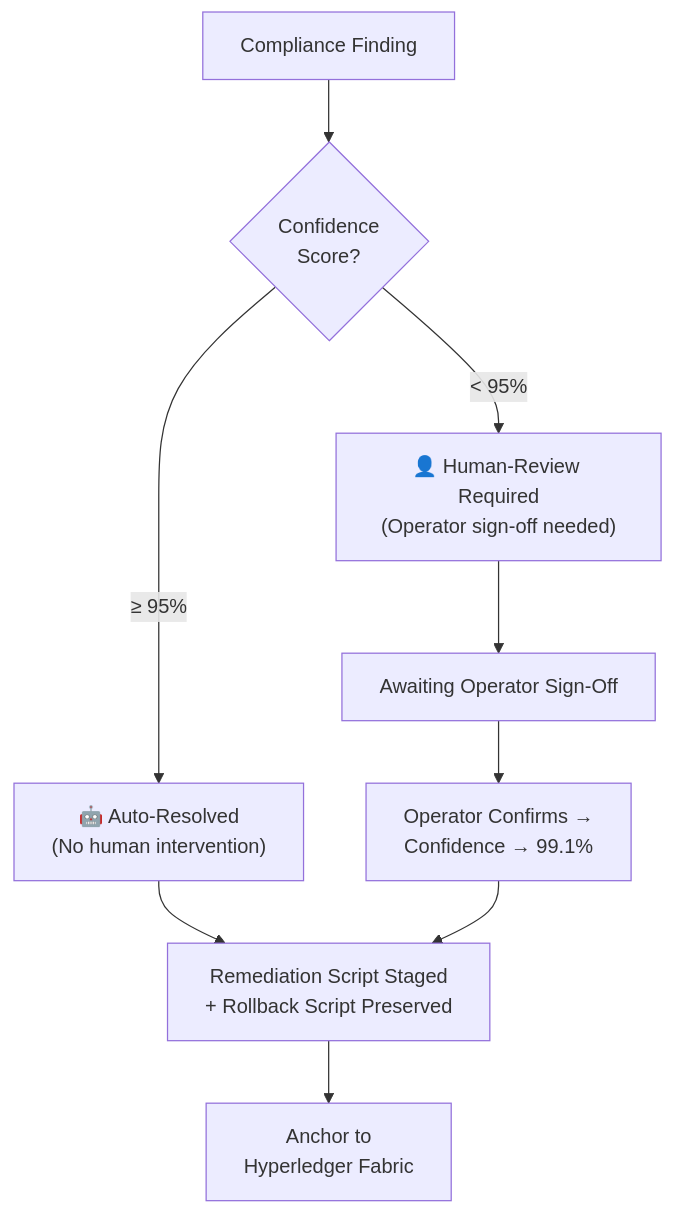
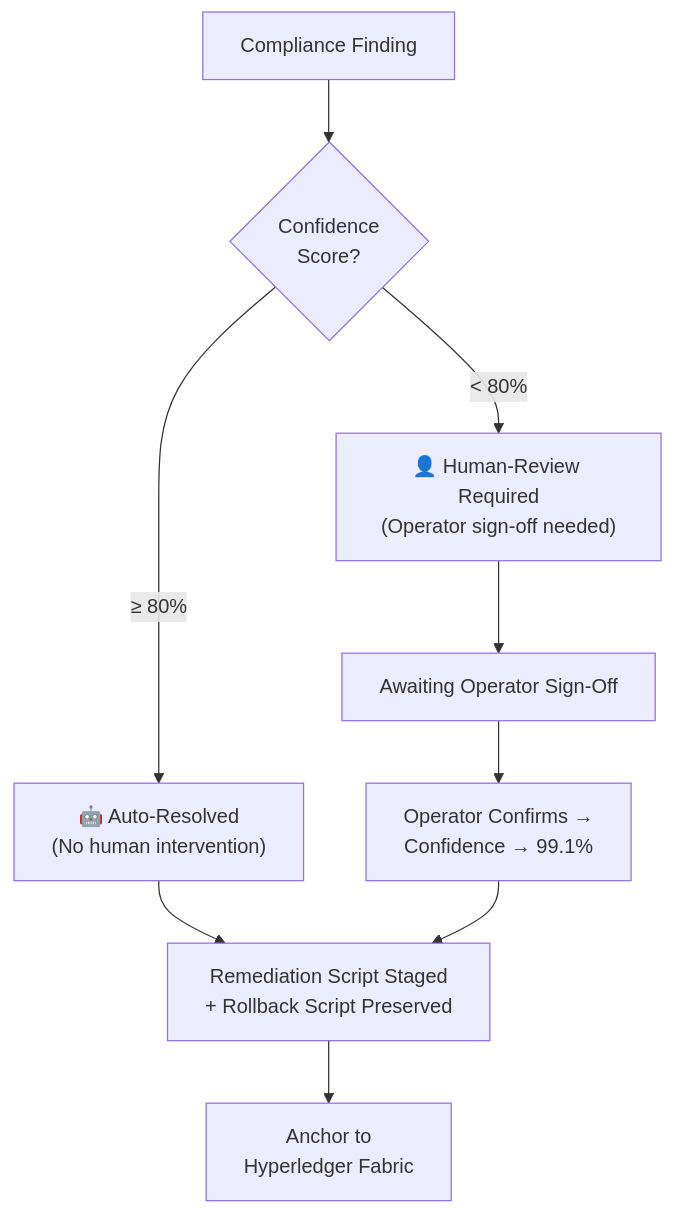
One commit to krithika2006-hue/NeuraComply changed the sixth of 10 diagrams in ARCHITECTURE.md. Above: the diagram before and after it, drawn with Mermaid. The commit also changed other lines of this file and 10 other files, not shown here.

````diff
--- a/ARCHITECTURE.md
+++ b/ARCHITECTURE.md
@@ -388,13 +388,13 @@
 ```mermaid
 flowchart TD
     FINDING["Compliance Finding"] --> SCORE{"Confidence<br/>Score?"}
-    SCORE -->|"≥ 95%"| AUTO["🤖 Auto-Resolved<br/>(No human intervention)"]
-    SCORE -->|"< 95%"| HUMAN["👤 Human-Review Required<br/>(Operator sign-off needed)"]
+    SCORE -->|"≥ 80%"| AUTO["🤖 Auto-Resolved<br/>(No human intervention)"]
+    SCORE -->|"< 80%"| HUMAN["👤 Human-Review Required<br/>(Operator sign-off needed)"]
 
     AUTO --> STAGED["Remediation Script Staged<br/>+ Rollback Script Preserved"]
     HUMAN --> WAIT["Awaiting Operator Sign-Off"]
     WAIT --> CONFIRM["Operator Confirms →<br/>Confidence → 99.1%"]
     CONFIRM --> STAGED
 
     STAGED --> LEDGER_ANCHOR["Anchor to<br/>Hyperledger Fabric"]
 ```
````
